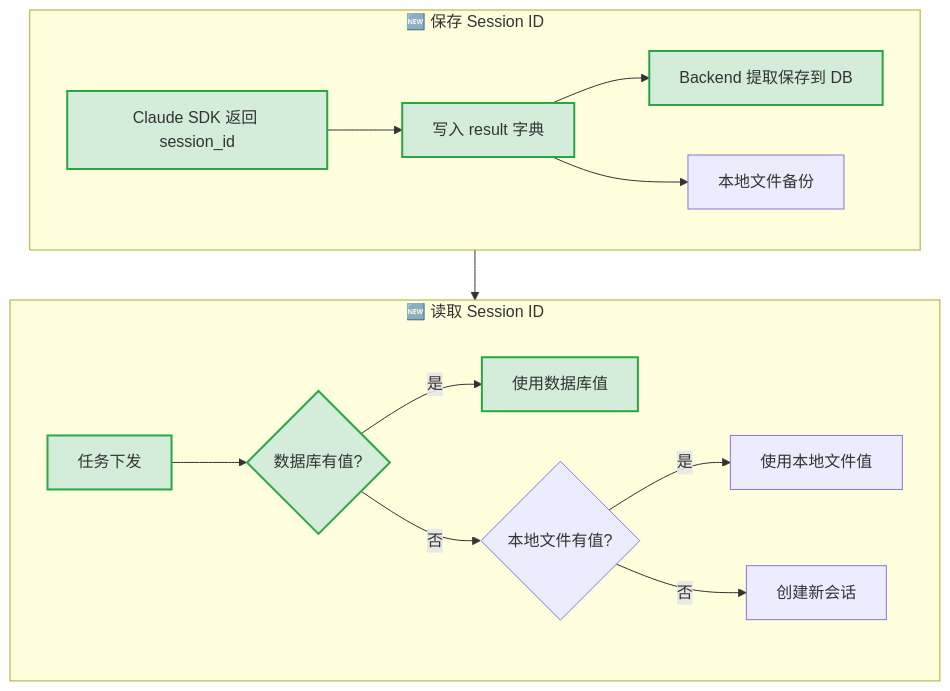
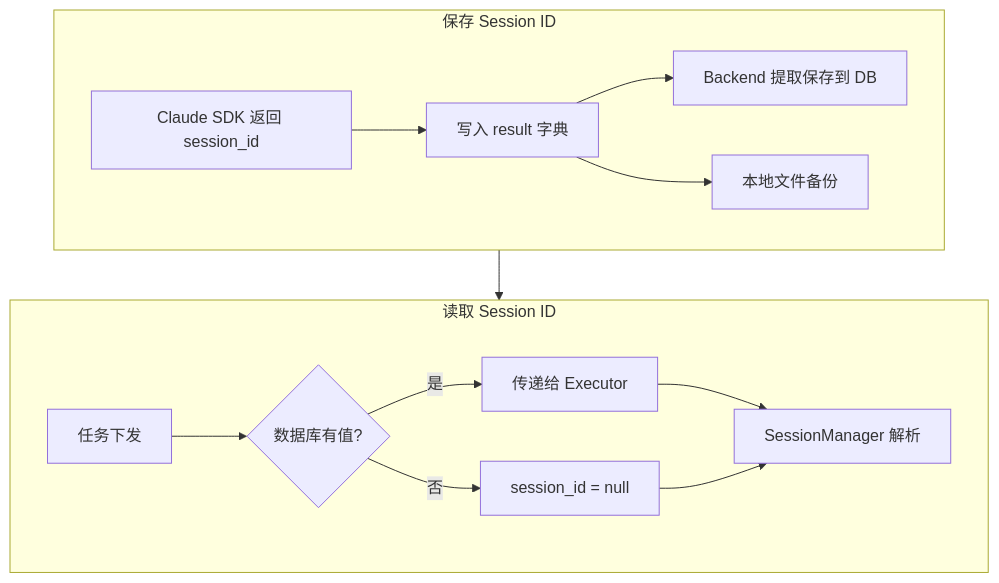
Before and after one commit to wecode-ai/Wegent: the fourth of 10 diagrams in docs/zh/features/task-restore.md, drawn with Mermaid. The commit also changed other lines of this file, not shown here.

````diff
--- a/docs/zh/features/task-restore.md
+++ b/docs/zh/features/task-restore.md
@@ -116,22 +152,20 @@
 ```mermaid
 flowchart TB
-    subgraph 保存流程["🆕 保存 Session ID"]
+    subgraph 保存流程["保存 Session ID"]
         direction LR
-        A1[Claude SDK 返回 session_id]:::new --> A2[写入 result 字典]:::new
-        A2 --> A3[Backend 提取保存到 DB]:::new
+        A1[Claude SDK 返回 session_id] --> A2[写入 result 字典]
+        A2 --> A3[Backend 提取保存到 DB]
         A2 --> A4[本地文件备份]
     end
 
-    subgraph 读取流程["🆕 读取 Session ID"]
+    subgraph 读取流程["读取 Session ID"]
         direction LR
-        B1[任务下发]:::new --> B2{数据库有值?}:::new
-        B2 -->|是| B3[使用数据库值]:::new
-        B2 -->|否| B4{本地文件有值?}
-        B4 -->|是| B5[使用本地文件值]
-        B4 -->|否| B6[创建新会话]
+        B1[任务下发] --> B2{数据库有值?}
+        B2 -->|是| B3[传递给 Executor]
+        B2 -->|否| B4[session_id = null]
+        B3 --> B5[SessionManager 解析]
+        B4 --> B5
     end
 
     保存流程 --> 读取流程
-
-    classDef new fill:#d4edda,stroke:#28a745,stroke-width:2px
 ```
````
